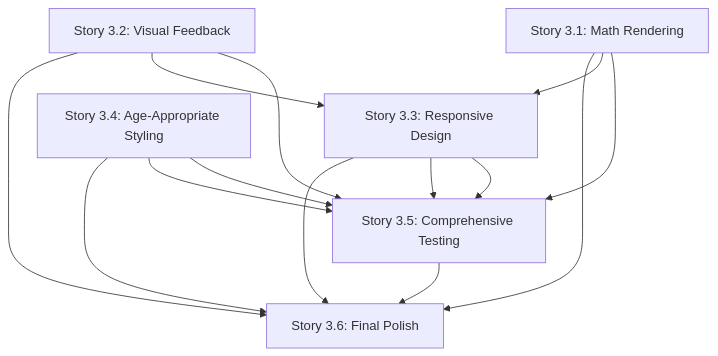
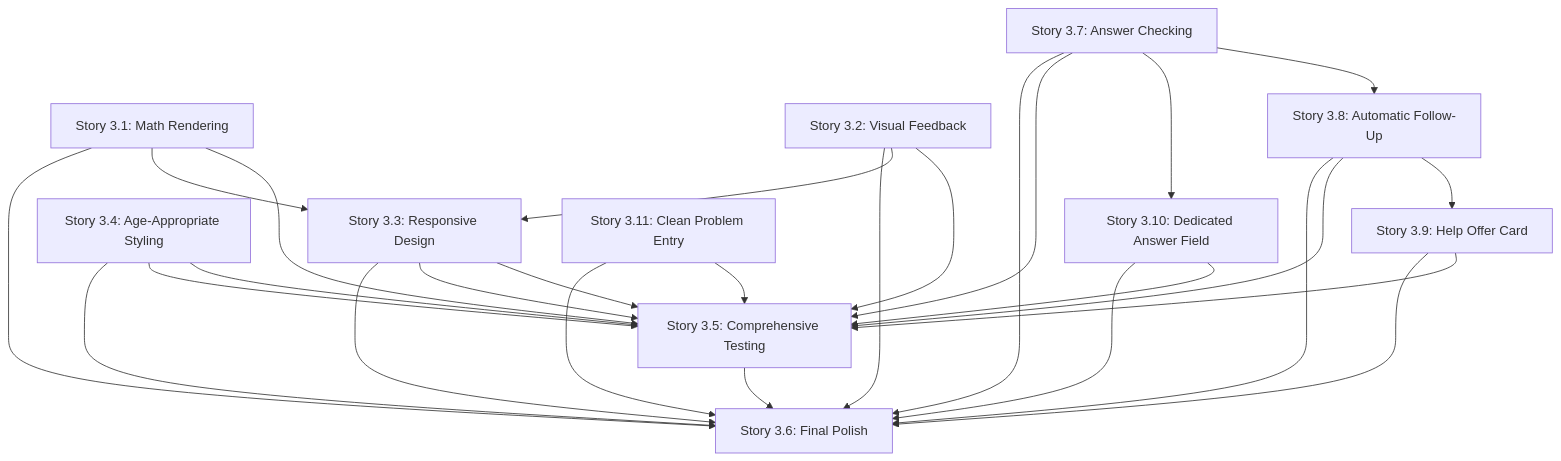
The diagram in docs/stories/epic-3-breakdown.md (bluesam1/AI-Math-Tutor), drawn with Mermaid before and after one commit. The commit also changed other lines of this file and 65 other files, not shown here.

````diff
--- a/docs/stories/epic-3-breakdown.md
+++ b/docs/stories/epic-3-breakdown.md
@@ -9,16 +9,29 @@
 ```mermaid
 graph TD
     S3.1[Story 3.1: Math Rendering] --> S3.5[Story 3.5: Comprehensive Testing]
     S3.2[Story 3.2: Visual Feedback] --> S3.5
     S3.3[Story 3.3: Responsive Design] --> S3.5
     S3.4[Story 3.4: Age-Appropriate Styling] --> S3.5
+    S3.7[Story 3.7: Answer Checking] --> S3.8[Story 3.8: Automatic Follow-Up]
+    S3.8 --> S3.9[Story 3.9: Help Offer Card]
+    S3.7 --> S3.10[Story 3.10: Dedicated Answer Field]
+    S3.10 --> S3.5
+    S3.7 --> S3.5
+    S3.8 --> S3.5
+    S3.9 --> S3.5
     S3.1 --> S3.3[Story 3.3: Responsive Design]
     S3.2 --> S3.3
     S3.3 --> S3.5
     S3.4 --> S3.5
     S3.5 --> S3.6[Story 3.6: Final Polish]
     S3.1 --> S3.6
     S3.2 --> S3.6
     S3.3 --> S3.6
     S3.4 --> S3.6
+    S3.7 --> S3.6
+    S3.8 --> S3.6
+    S3.9 --> S3.6
+    S3.10 --> S3.6
+    S3.11[Story 3.11: Clean Problem Entry] --> S3.5
+    S3.11 --> S3.6
 ```
````
